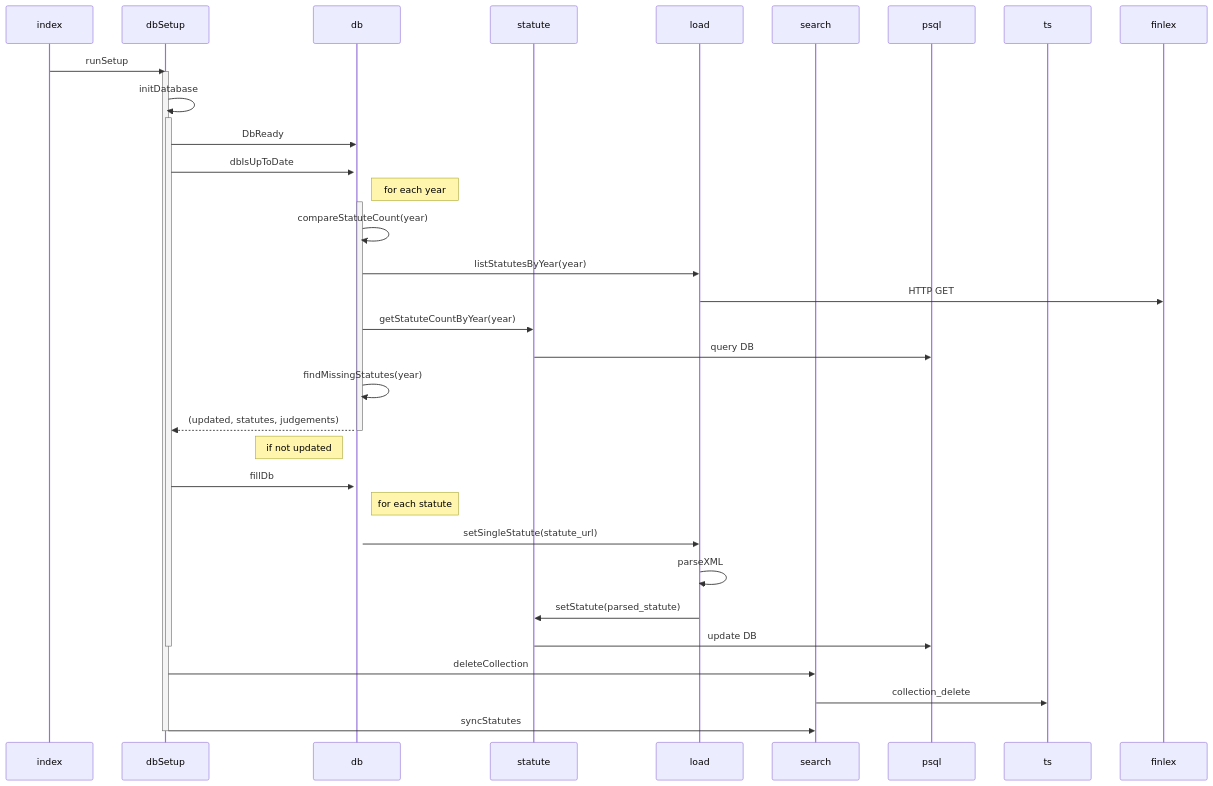
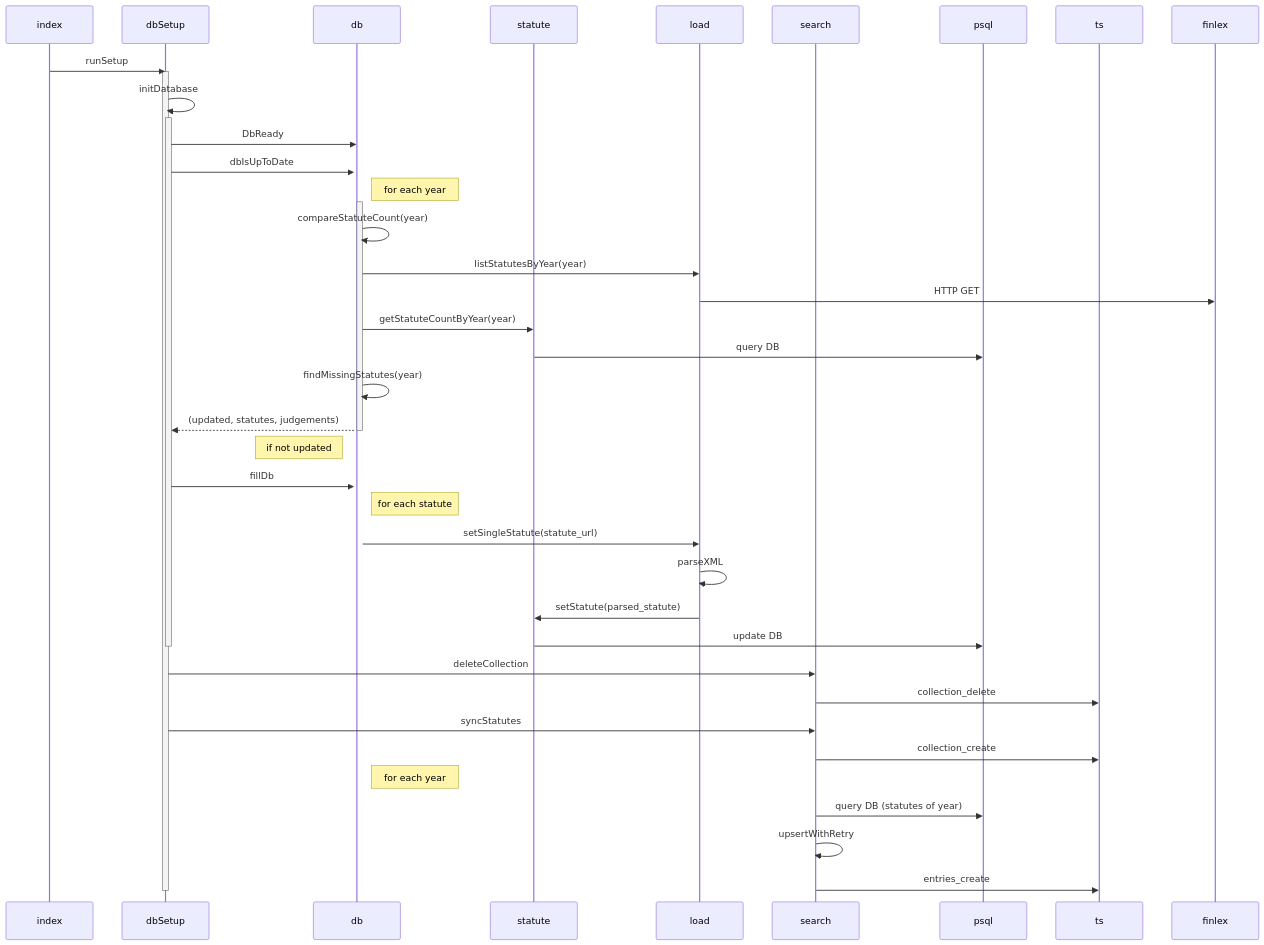
The first of 3 diagrams in README.md (mluukkai/poc), drawn with Mermaid before and after one commit.

````diff
--- a/README.md
+++ b/README.md
@@ -1,42 +1,47 @@
 ```mermaid
 sequenceDiagram
   participant index
   participant dbSetup
   participant db
   participant statute
   participant load
   participant search
   participant psql
   participant ts
   participant finlex
 
   index ->> dbSetup: runSetup
   activate dbSetup
   dbSetup ->> dbSetup: initDatabase
   activate dbSetup
   dbSetup ->> db: DbReady
   dbSetup ->>+ db: dbIsUpToDate
   Note right of db: for each year
   activate db
   db ->> db: compareStatuteCount(year)
   db ->> load: listStatutesByYear(year)
   load ->> finlex: HTTP GET
   db ->> statute: getStatuteCountByYear(year)
   statute ->> psql: query DB
   db ->> db: findMissingStatutes(year)
   db -->> dbSetup: (updated, statutes, judgements)
   deactivate db
   Note left of db: if not updated
   dbSetup ->> db: fillDb
   activate db
   Note right of db: for each statute
   db ->> load: setSingleStatute(statute_url)
   load ->> load: parseXML
   load ->> statute: setStatute(parsed_statute)
   statute ->> psql: update DB
   deactivate dbSetup
   dbSetup ->> search: deleteCollection
   search ->> ts: collection_delete
   dbSetup ->> search: syncStatutes
+  search ->> ts: collection_create
+  Note right of db: for each year
+  search ->> psql: query DB (statutes of year)
+  search ->> search: upsertWithRetry
+  search ->> ts: entries_create
   deactivate dbSetup
 ```
````
